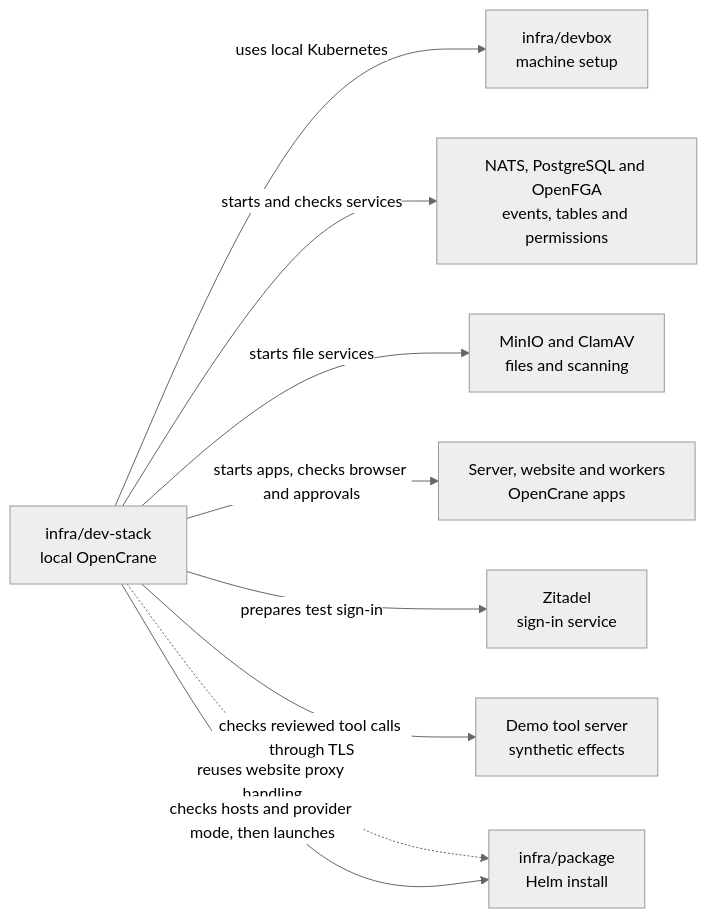
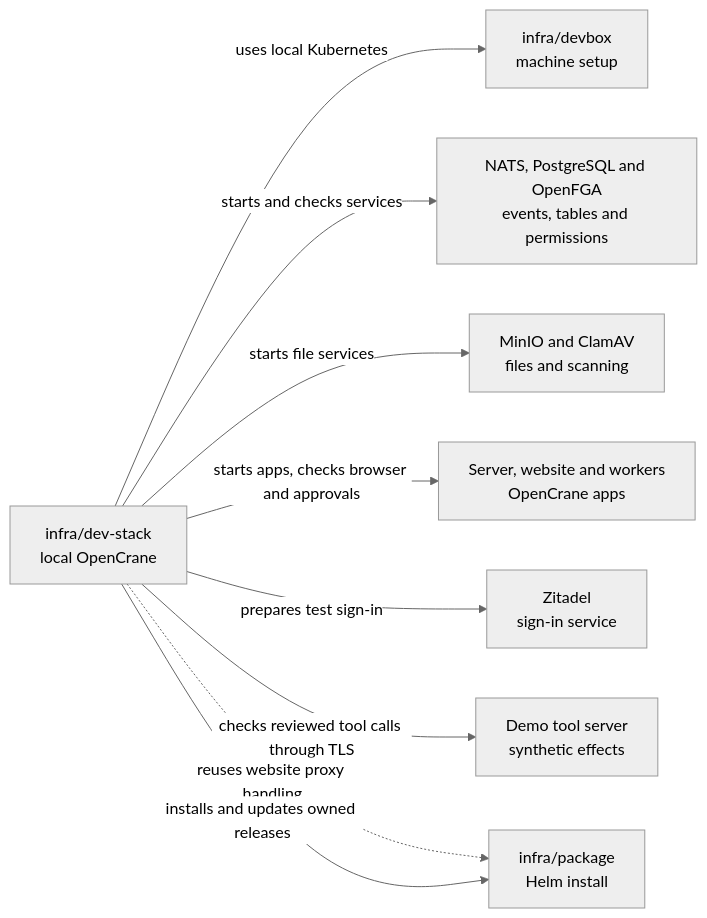
Before and after one commit to elewa-git/opencrane-new: the diagram in infra/dev-stack/README.md, drawn with Mermaid (neutral theme). The commit also changed other lines of this file and 50 other files, not shown here.

````diff
--- a/infra/dev-stack/README.md
+++ b/infra/dev-stack/README.md
@@ -23,11 +23,11 @@
 ```mermaid
 flowchart LR
   stack["infra/dev-stack<br/>local OpenCrane"] -->|uses local Kubernetes| devbox["infra/devbox<br/>machine setup"]
   stack -->|starts and checks services| services["NATS, PostgreSQL and OpenFGA<br/>events, tables and permissions"]
   stack -->|starts file services| files["MinIO and ClamAV<br/>files and scanning"]
   stack -->|starts apps, checks browser and approvals| apps["Server, website and workers<br/>OpenCrane apps"]
   stack -->|prepares test sign-in| zitadel["Zitadel<br/>sign-in service"]
   stack -->|checks reviewed tool calls through TLS| demo["Demo tool server<br/>synthetic effects"]
   stack -.->|reuses website proxy handling| package
-  stack -->|checks hosts and provider mode, then launches| package["infra/package<br/>Helm install"]
+  stack -->|installs and updates owned releases| package["infra/package<br/>Helm install"]
 ```
````
